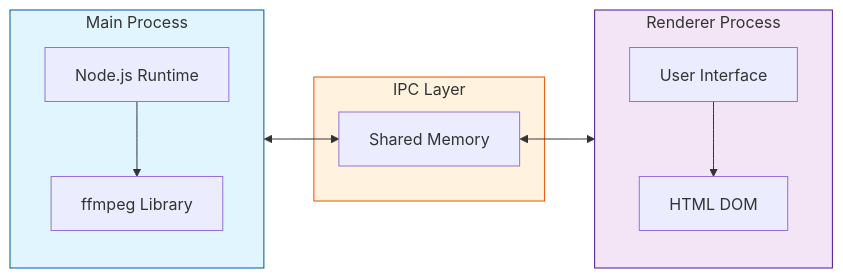
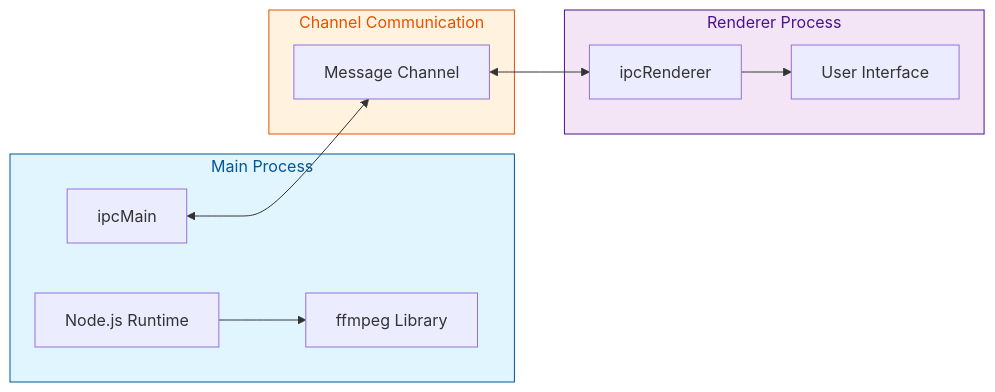
One commit to tkwonn/video-compressor changed the diagram in README.md. Above: the diagram before and after it, drawn with Mermaid. The commit also changed other lines of this file, not shown here.

````diff
--- a/README.md
+++ b/README.md
@@ -52,29 +64,30 @@
 ```mermaid
 flowchart LR
-    subgraph MP[Main Process]
+    subgraph MP["Main Process"]
         N[Node.js Runtime]
         FF[ffmpeg Library]
+        IM[ipcMain]
     end
 
-    subgraph IPC[IPC Layer]
-        SM[Shared Memory]
+    subgraph CP["Channel Communication"]
+        CH["Message Channel"]
     end
 
-    subgraph RP[Renderer Process]
+    subgraph RP["Renderer Process"]
+        IR[ipcRenderer]
         UI[User Interface]
-        DOM[HTML DOM]
     end
 
     N --> FF
-    MP <--> SM
-    SM <--> RP
-    UI --> DOM
+    IM <--> CH
+    CH <--> IR
+    IR --> UI
 
-    classDef mainProcess fill:#e1f5fe,stroke:#01579b
-    classDef rendererProcess fill:#f3e5f5,stroke:#4a148c
-    classDef ipcLayer fill:#fff3e0,stroke:#e65100
+    classDef mainProcess fill:#e1f5fe,stroke:#01579b,color:#01579b
+    classDef rendererProcess fill:#f3e5f5,stroke:#4a148c,color:#4a148c
+    classDef channel fill:#fff3e0,stroke:#e65100,color:#e65100
 
     class MP mainProcess
     class RP rendererProcess
-    class IPC ipcLayer
+    class CP channel
 ```
````
